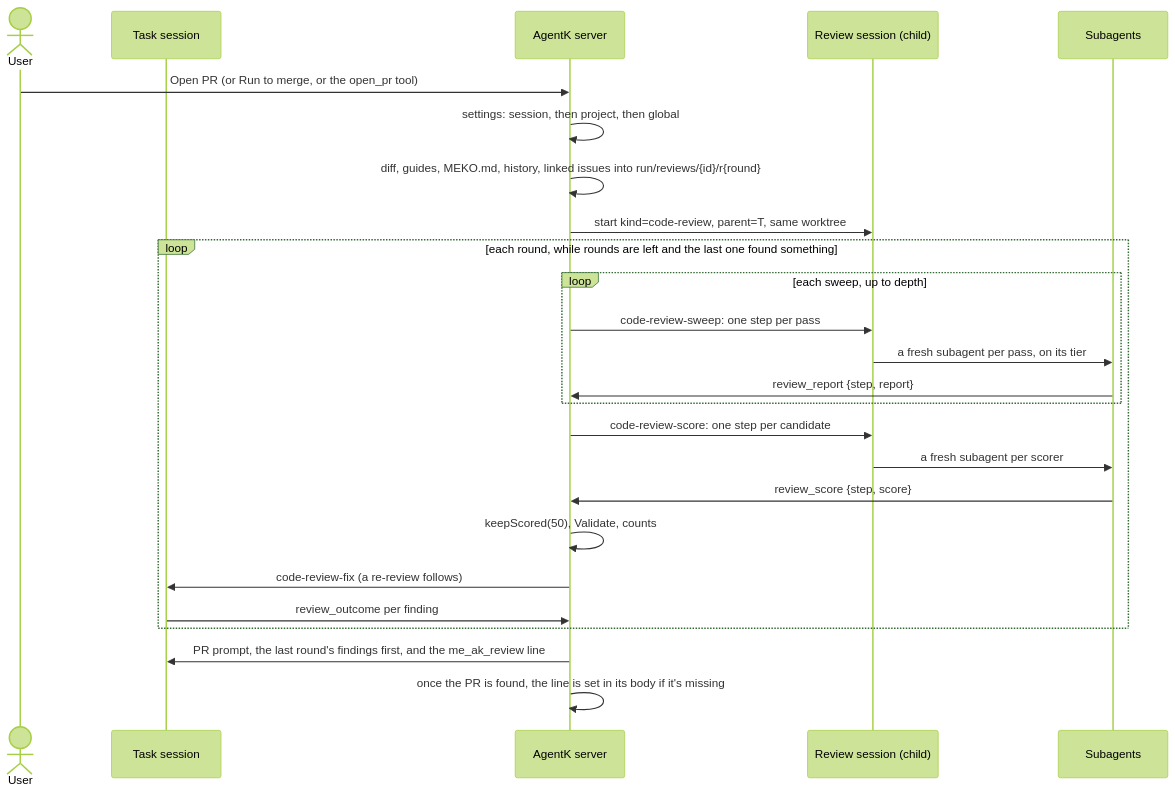
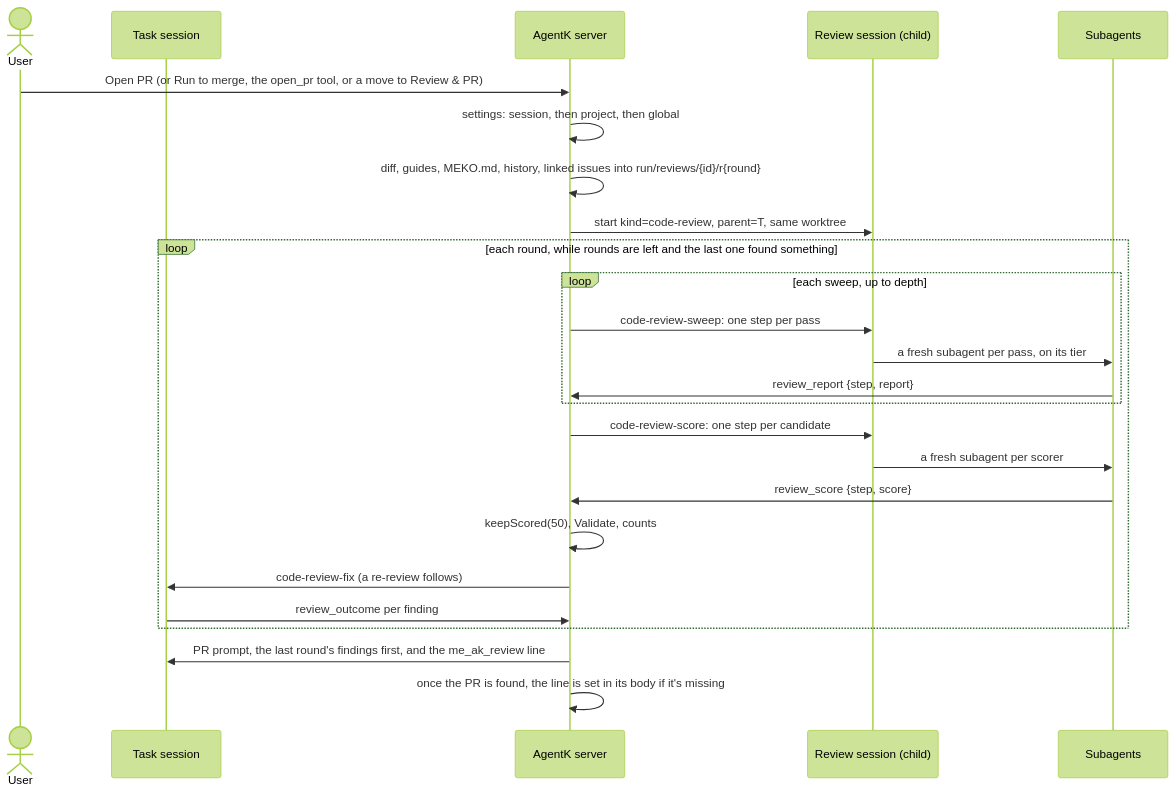
The diagram in extensions/agentk/docs/design/code-review.md (yugabyte/meko), drawn with Mermaid (forest theme) before and after one commit. The commit also changed other lines of this file and 16 other files, not shown here.

First line of the commit message:
feat(agentk/review): run the local review on a move to Review & PR

````diff
--- a/extensions/agentk/docs/design/code-review.md
+++ b/extensions/agentk/docs/design/code-review.md
@@ -52,27 +52,27 @@
 ```mermaid
 sequenceDiagram
   actor U as User
   participant T as Task session
   participant AK as AgentK server
   participant R as Review session (child)
   participant S as Subagents
-  U->>AK: Open PR (or Run to merge, or the open_pr tool)
+  U->>AK: Open PR (or Run to merge, the open_pr tool, or a move to Review & PR)
   AK->>AK: settings: session, then project, then global
   AK->>AK: diff, guides, MEKO.md, history, linked issues into run/reviews/{id}/r{round}
   AK->>R: start kind=code-review, parent=T, same worktree
   loop each round, while rounds are left and the last one found something
     loop each sweep, up to depth
       AK->>R: code-review-sweep: one step per pass
       R->>S: a fresh subagent per pass, on its tier
       S->>AK: review_report {step, report}
     end
     AK->>R: code-review-score: one step per candidate
     R->>S: a fresh subagent per scorer
     S->>AK: review_score {step, score}
     AK->>AK: keepScored(50), Validate, counts
     AK->>T: code-review-fix (a re-review follows)
     T->>AK: review_outcome per finding
   end
   AK->>T: PR prompt, the last round's findings first, and the me_ak_review line
   AK->>AK: once the PR is found, the line is set in its body if it's missing
 ```
````
